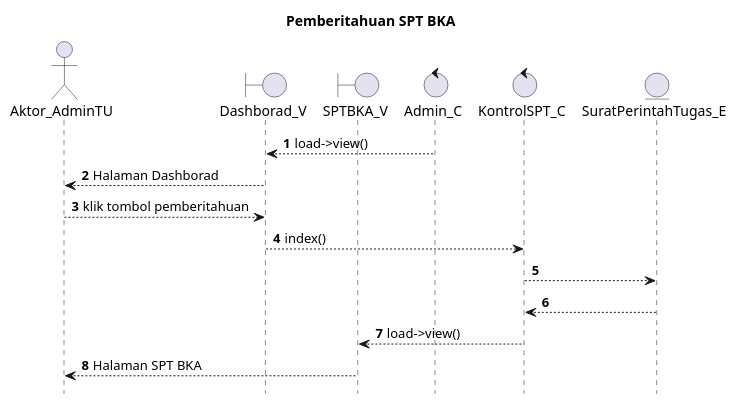
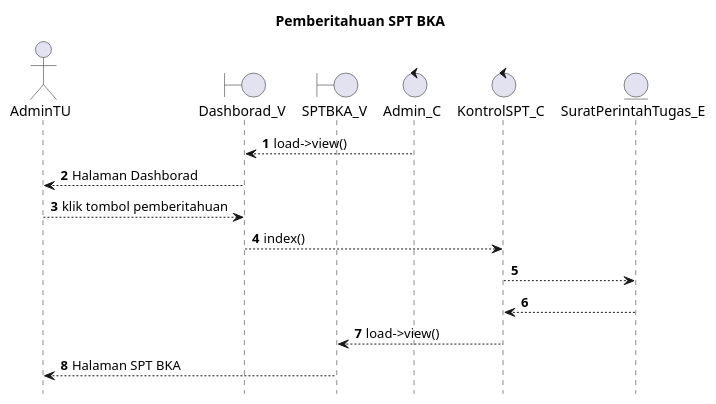
Before and after one commit to kurniado729/sistem_kp: the diagram in SELAIN SISTEM/UML/SEQUENCE/pemberitahuan/admin tu/PemberitahuanSPTBKA.puml, drawn with PlantUML. The commit also changed 185 other files, not shown here.

Commit message:
masukkan sequence di laporan

```diff
--- a/SELAIN SISTEM/UML/SEQUENCE/pemberitahuan/admin tu/PemberitahuanSPTBKA.puml
+++ b/SELAIN SISTEM/UML/SEQUENCE/pemberitahuan/admin tu/PemberitahuanSPTBKA.puml
@@ -1,24 +1,24 @@
 @startuml
 
 autonumber
 hide footbox
 title Pemberitahuan SPT BKA
 
-Actor Aktor_AdminTU
+Actor AdminTU
 boundary Dashborad_V
 boundary SPTBKA_V
 control Admin_C
 control KontrolSPT_C
 Entity SuratPerintahTugas_E
 
 Admin_C --> Dashborad_V: load->view()
-Dashborad_V --> Aktor_AdminTU: Halaman Dashborad
-Aktor_AdminTU --> Dashborad_V: klik tombol pemberitahuan
+Dashborad_V --> AdminTU: Halaman Dashborad
+AdminTU --> Dashborad_V: klik tombol pemberitahuan
 Dashborad_V --> KontrolSPT_C: index()
 KontrolSPT_C --> SuratPerintahTugas_E:
     
     SuratPerintahTugas_E --> KontrolSPT_C:
     KontrolSPT_C --> SPTBKA_V: load->view()
-    SPTBKA_V --> Aktor_AdminTU: Halaman SPT BKA
+    SPTBKA_V --> AdminTU: Halaman SPT BKA
 
 @enduml
```
